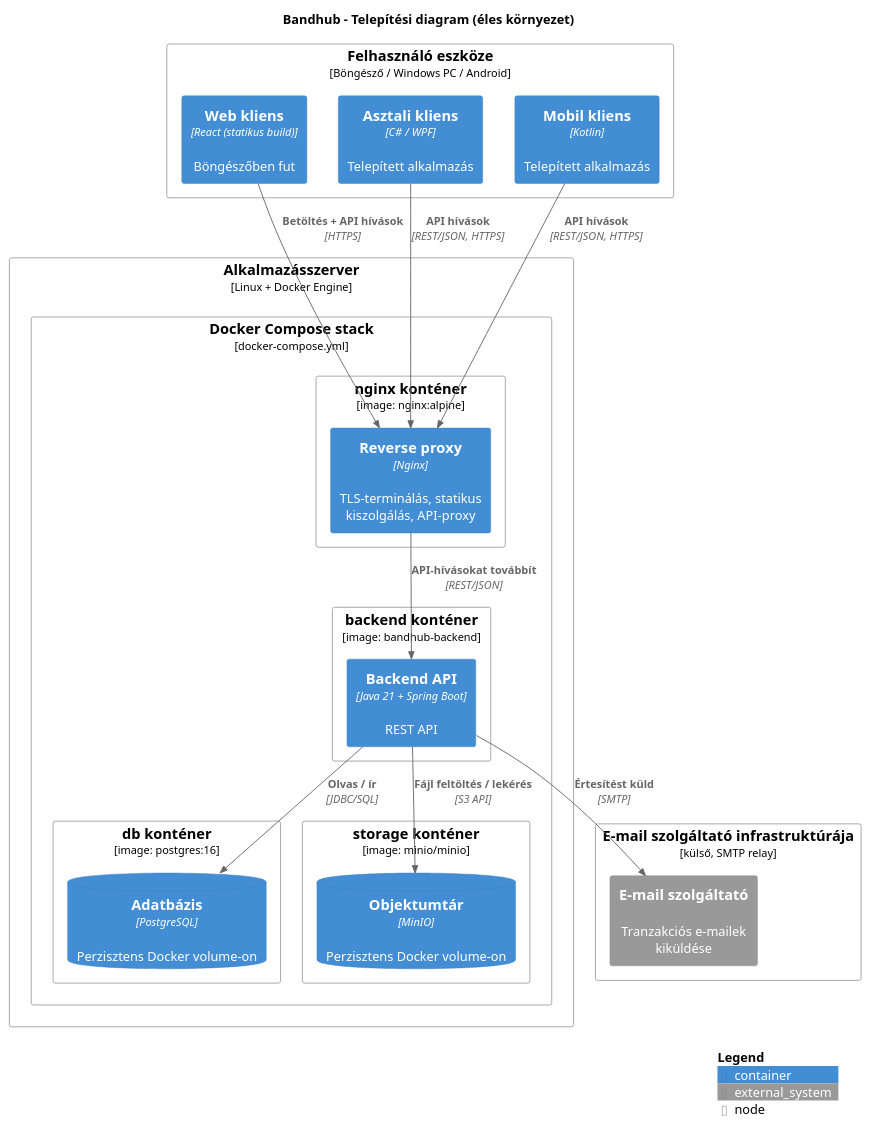
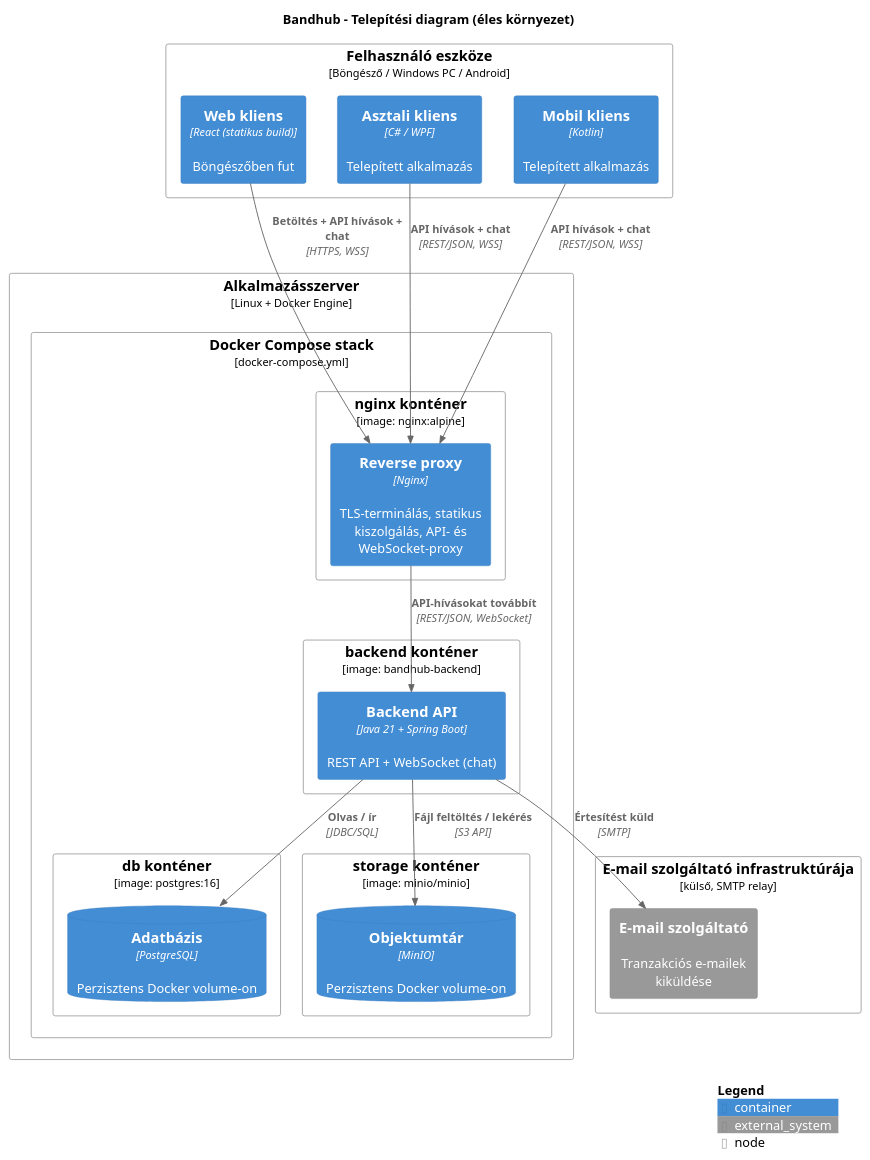
Before and after one commit to Kiyo200/BegBand: the fourth of 4 diagrams in diagrams/c4.puml, drawn with PlantUML. The commit also changed other lines of this file and 12 other files, not shown here.

```diff
--- a/diagrams/c4.puml
+++ b/diagrams/c4.puml
@@ -112,42 +118,42 @@
 @startuml C4_Deployment
 !include <C4/C4_Deployment>
 
 title Bandhub - Telepítési diagram (éles környezet)
 
 Deployment_Node(userDevice, "Felhasználó eszköze", "Böngésző / Windows PC / Android") {
     Container(web, "Web kliens", "React (statikus build)", "Böngészőben fut")
     Container(desktop, "Asztali kliens", "C# / WPF", "Telepített alkalmazás")
     Container(mobile, "Mobil kliens", "Kotlin", "Telepített alkalmazás")
 }
 
 Deployment_Node(appServer, "Alkalmazásszerver", "Linux + Docker Engine") {
     Deployment_Node(compose, "Docker Compose stack", "docker-compose.yml") {
         Deployment_Node(nginxNode, "nginx konténer", "image: nginx:alpine") {
-            Container(nginx, "Reverse proxy", "Nginx", "TLS-terminálás, statikus kiszolgálás, API-proxy")
+            Container(nginx, "Reverse proxy", "Nginx", "TLS-terminálás, statikus kiszolgálás, API- és WebSocket-proxy")
         }
         Deployment_Node(backendNode, "backend konténer", "image: bandhub-backend") {
-            Container(backend, "Backend API", "Java 21 + Spring Boot", "REST API")
+            Container(backend, "Backend API", "Java 21 + Spring Boot", "REST API + WebSocket (chat)")
         }
         Deployment_Node(dbNode, "db konténer", "image: postgres:16") {
             ContainerDb(db, "Adatbázis", "PostgreSQL", "Perzisztens Docker volume-on")
         }
         Deployment_Node(storageNode, "storage konténer", "image: minio/minio") {
             ContainerDb(storage, "Objektumtár", "MinIO", "Perzisztens Docker volume-on")
         }
     }
 }
 
 Deployment_Node(emailInfra, "E-mail szolgáltató infrastruktúrája", "külső, SMTP relay") {
     System_Ext(email, "E-mail szolgáltató", "Tranzakciós e-mailek kiküldése")
 }
 
-Rel(web, nginx, "Betöltés + API hívások", "HTTPS")
-Rel(desktop, nginx, "API hívások", "REST/JSON, HTTPS")
-Rel(mobile, nginx, "API hívások", "REST/JSON, HTTPS")
-Rel(nginx, backend, "API-hívásokat továbbít", "REST/JSON")
+Rel(web, nginx, "Betöltés + API hívások + chat", "HTTPS, WSS")
+Rel(desktop, nginx, "API hívások + chat", "REST/JSON, WSS")
+Rel(mobile, nginx, "API hívások + chat", "REST/JSON, WSS")
+Rel(nginx, backend, "API-hívásokat továbbít", "REST/JSON, WebSocket")
 Rel(backend, db, "Olvas / ír", "JDBC/SQL")
 Rel(backend, storage, "Fájl feltöltés / lekérés", "S3 API")
 Rel(backend, email, "Értesítést küld", "SMTP")
 
 SHOW_LEGEND()
 @enduml
```
